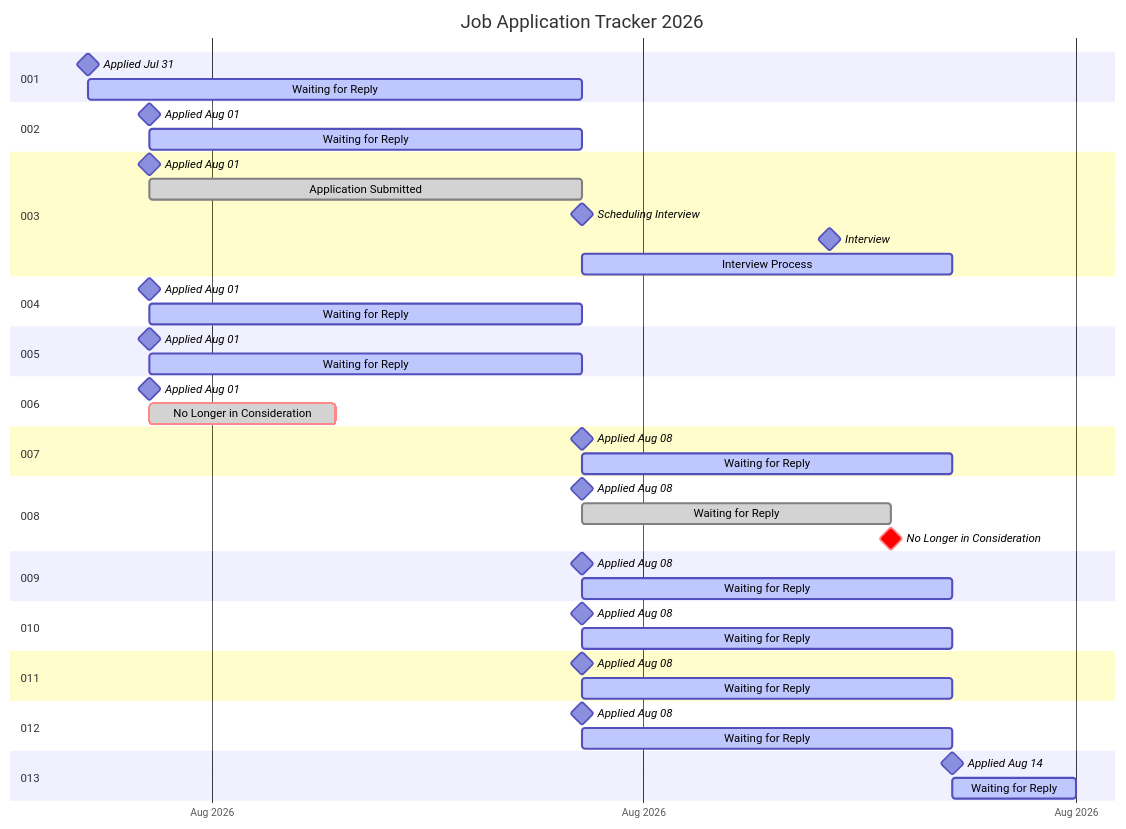
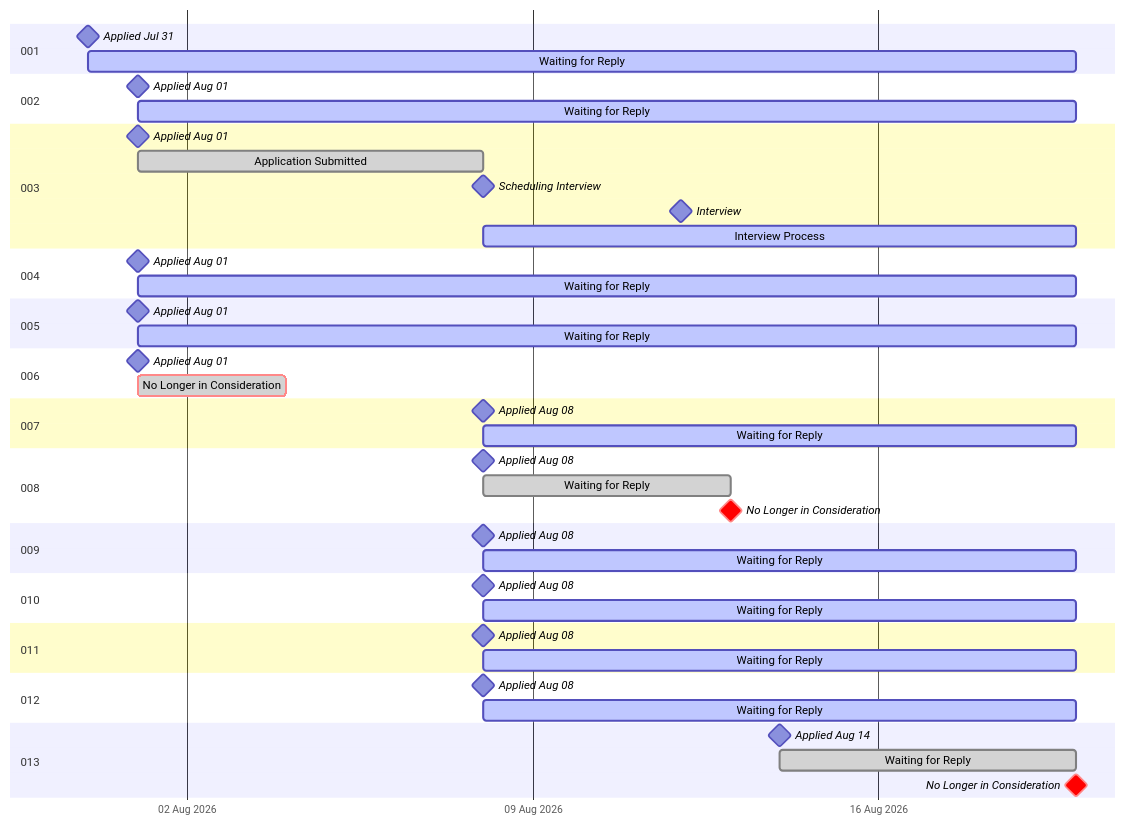
One commit to RileyBeenders/rileybeenders.com changed the diagram in data/more-info/gantt.md. Above: the diagram before and after it, drawn with Mermaid. The commit also changed other lines of this file and 9 other files, not shown here.

````diff
--- a/data/more-info/gantt.md
+++ b/data/more-info/gantt.md
@@ -1,63 +1,63 @@
 ```mermaid
   gantt
-    title Job Application Tracker 2026
     dateFormat YYYY-MM-DD
     tickInterval 1week
-    axisFormat %b %Y
+    axisFormat %d %b %Y
 
     section 001
     Applied Jul 31                  :milestone, 2026-07-31, 0d
-    Waiting for Reply               :active, 2026-07-31, 8d
+    Waiting for Reply               :active, 2026-07-31, 20d
 
     section 002
     Applied Aug 01                  :milestone, 2026-08-01, 0d
-    Waiting for Reply               :active, 2026-08-01, 7d
+    Waiting for Reply               :active, 2026-08-01, 19d
 
     section 003
     Applied Aug 01                  :milestone, 2026-08-01, 0d
     Application Submitted           :done, 2026-08-01, 7d
     Scheduling Interview            :milestone, 2026-08-08, 0d
     Interview                       :milestone, 2026-08-12, 0d
-    Interview Process               :active, 2026-08-08, 6d
+    Interview Process               :active, 2026-08-08, 12d
 
     section 004
     Applied Aug 01                  :milestone, 2026-08-01, 0d
-    Waiting for Reply               :active, 2026-08-01, 7d
+    Waiting for Reply               :active, 2026-08-01, 19d
 
     section 005
     Applied Aug 01                  :milestone, 2026-08-01, 0d
-    Waiting for Reply               :active, 2026-08-01, 7d
+    Waiting for Reply               :active, 2026-08-01, 19d
 
     section 006
     Applied Aug 01                  :milestone, 2026-08-01, 0d
     No Longer in Consideration      :crit, done, 2026-08-01, 3d
 
     section 007
     Applied Aug 08                  :milestone, 2026-08-08, 0d
-    Waiting for Reply               :active, 2026-08-08, 6d
+    Waiting for Reply               :active, 2026-08-08, 12d
 
     section 008
     Applied Aug 08                  :milestone, 2026-08-08, 0d
     Waiting for Reply               :done, 2026-08-08, 5d
     No Longer in Consideration      :crit, milestone, 2026-08-13, 0d
 
     section 009
     Applied Aug 08                  :milestone, 2026-08-08, 0d
-    Waiting for Reply               :active, 2026-08-08, 6d
+    Waiting for Reply               :active, 2026-08-08, 12d
 
     section 010
     Applied Aug 08                  :milestone, 2026-08-08, 0d
-    Waiting for Reply               :active, 2026-08-08, 6d
+    Waiting for Reply               :active, 2026-08-08, 12d
 
     section 011
     Applied Aug 08                  :milestone, 2026-08-08, 0d
-    Waiting for Reply               :active, 2026-08-08, 6d
+    Waiting for Reply               :active, 2026-08-08, 12d
 
     section 012
     Applied Aug 08                  :milestone, 2026-08-08, 0d
-    Waiting for Reply               :active, 2026-08-08, 6d
+    Waiting for Reply               :active, 2026-08-08, 12d
 
     section 013
     Applied Aug 14                  :milestone, 2026-08-14, 0d
-    Waiting for Reply               :active, 2026-08-14, 2d
+    Waiting for Reply               :done, 2026-08-14, 6d
+    No Longer in Consideration      :crit, milestone, 2026-08-20, 0d
 ```
````
